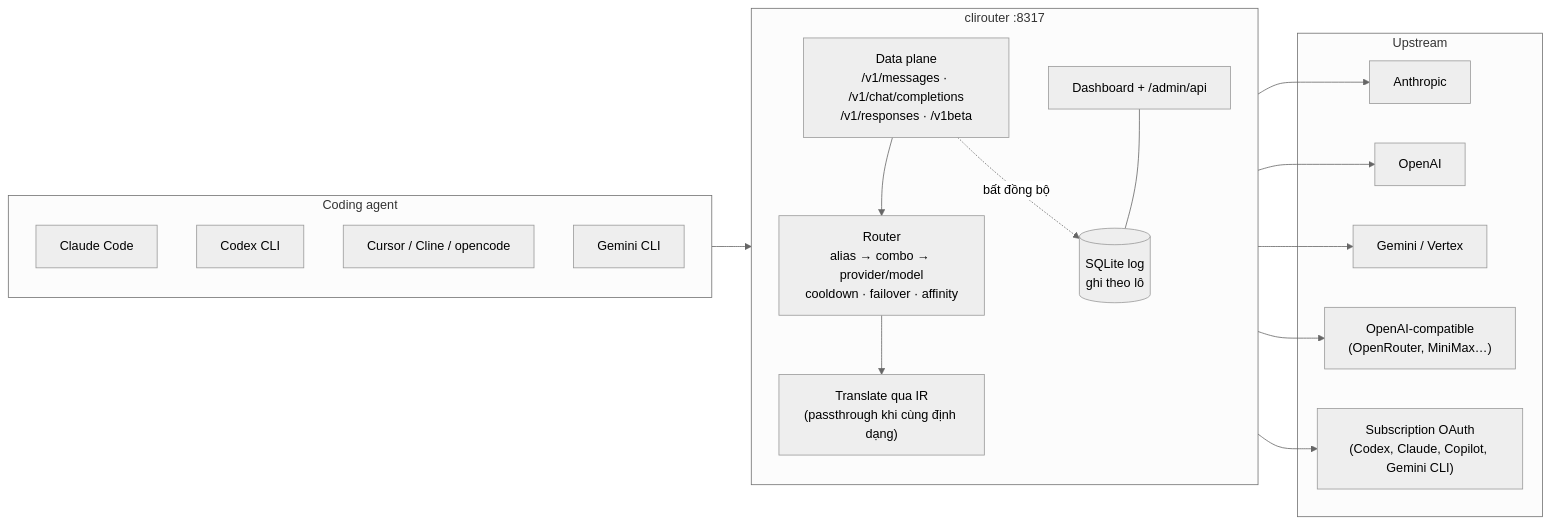
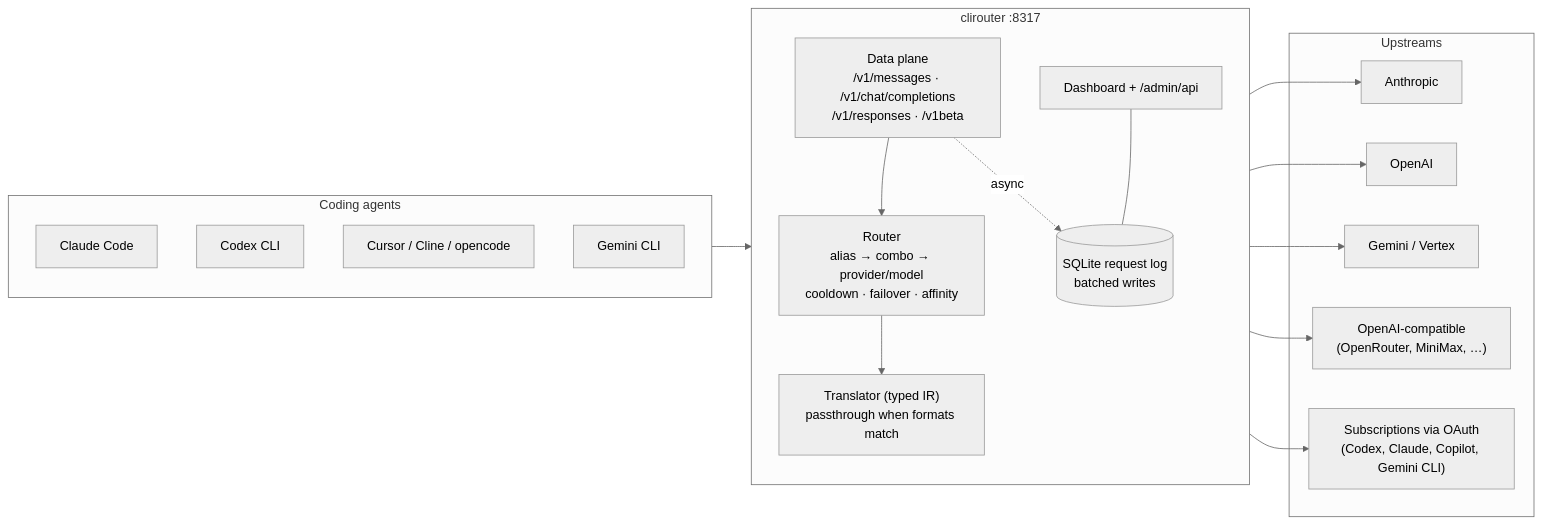
The diagram in README.md (Project-by-Myself/clirouter), drawn with Mermaid (neutral theme) before and after one commit. The commit also changed other lines of this file and 42 other files, not shown here.

````diff
--- a/README.md
+++ b/README.md
@@ -10,29 +41,29 @@
 ```mermaid
 flowchart LR
-  subgraph C[Coding agent]
+  subgraph C[Coding agents]
     CC[Claude Code]
     CX[Codex CLI]
     CU[Cursor / Cline / opencode]
     GC[Gemini CLI]
   end
-  subgraph R[clirouter :8317]
+  subgraph R["clirouter :8317"]
     direction TB
     P["Data plane<br/>/v1/messages · /v1/chat/completions<br/>/v1/responses · /v1beta"]
     RT["Router<br/>alias → combo → provider/model<br/>cooldown · failover · affinity"]
-    TR["Translate qua IR<br/>(passthrough khi cùng định dạng)"]
-    D[("SQLite log<br/>ghi theo lô")]
+    TR["Translator (typed IR)<br/>passthrough when formats match"]
+    D[("SQLite request log<br/>batched writes")]
     UI["Dashboard + /admin/api"]
     P --> RT --> TR
-    P -. bất đồng bộ .-> D
+    P -. async .-> D
     UI --- D
   end
-  subgraph U[Upstream]
+  subgraph U[Upstreams]
     A[Anthropic]
     O[OpenAI]
     G[Gemini / Vertex]
-    OC["OpenAI-compatible<br/>(OpenRouter, MiniMax…)"]
-    S["Subscription OAuth<br/>(Codex, Claude, Copilot, Gemini CLI)"]
+    OC["OpenAI-compatible<br/>(OpenRouter, MiniMax, …)"]
+    S["Subscriptions via OAuth<br/>(Codex, Claude, Copilot, Gemini CLI)"]
   end
   C --> P
   TR --> A & O & G & OC & S
 ```
````
